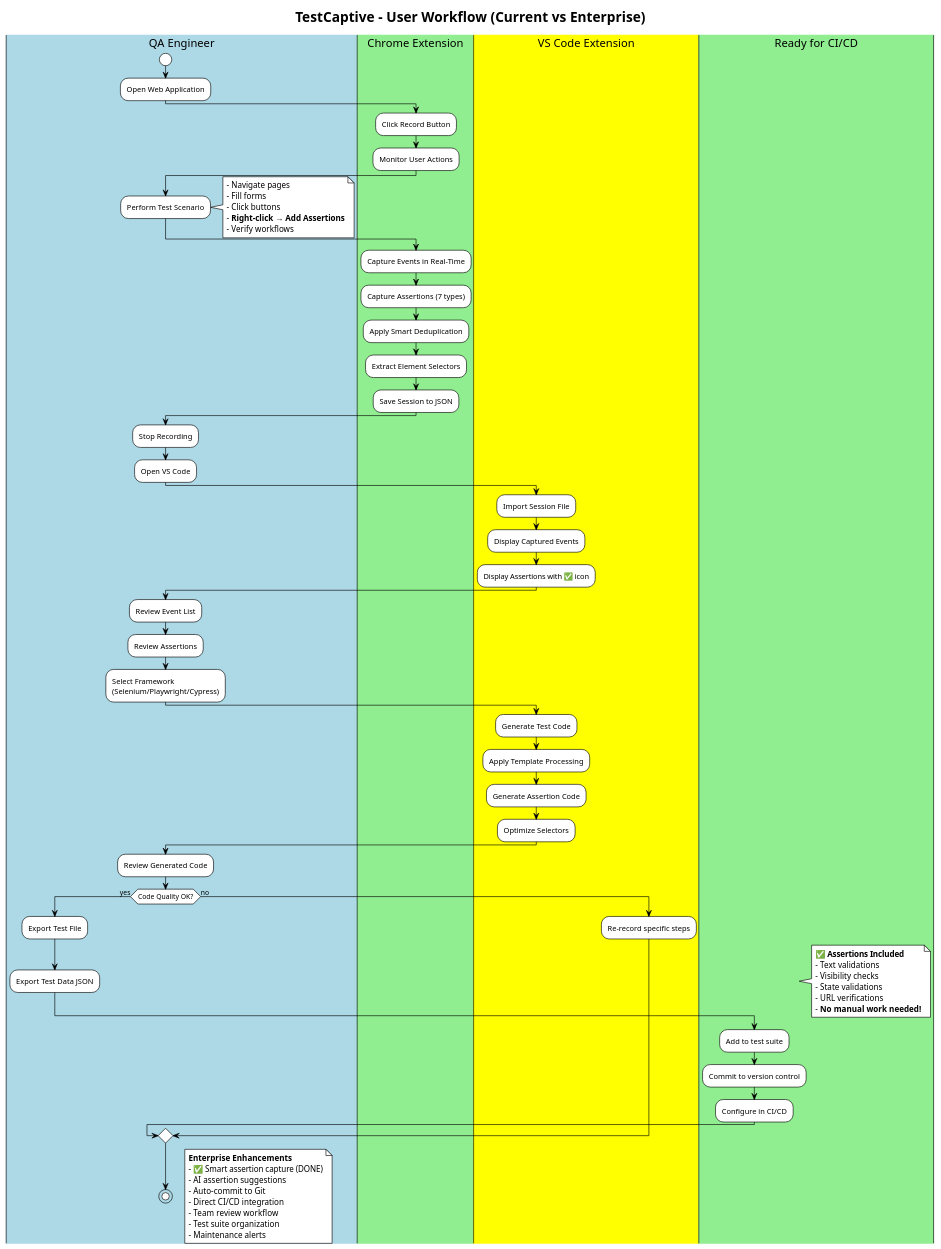
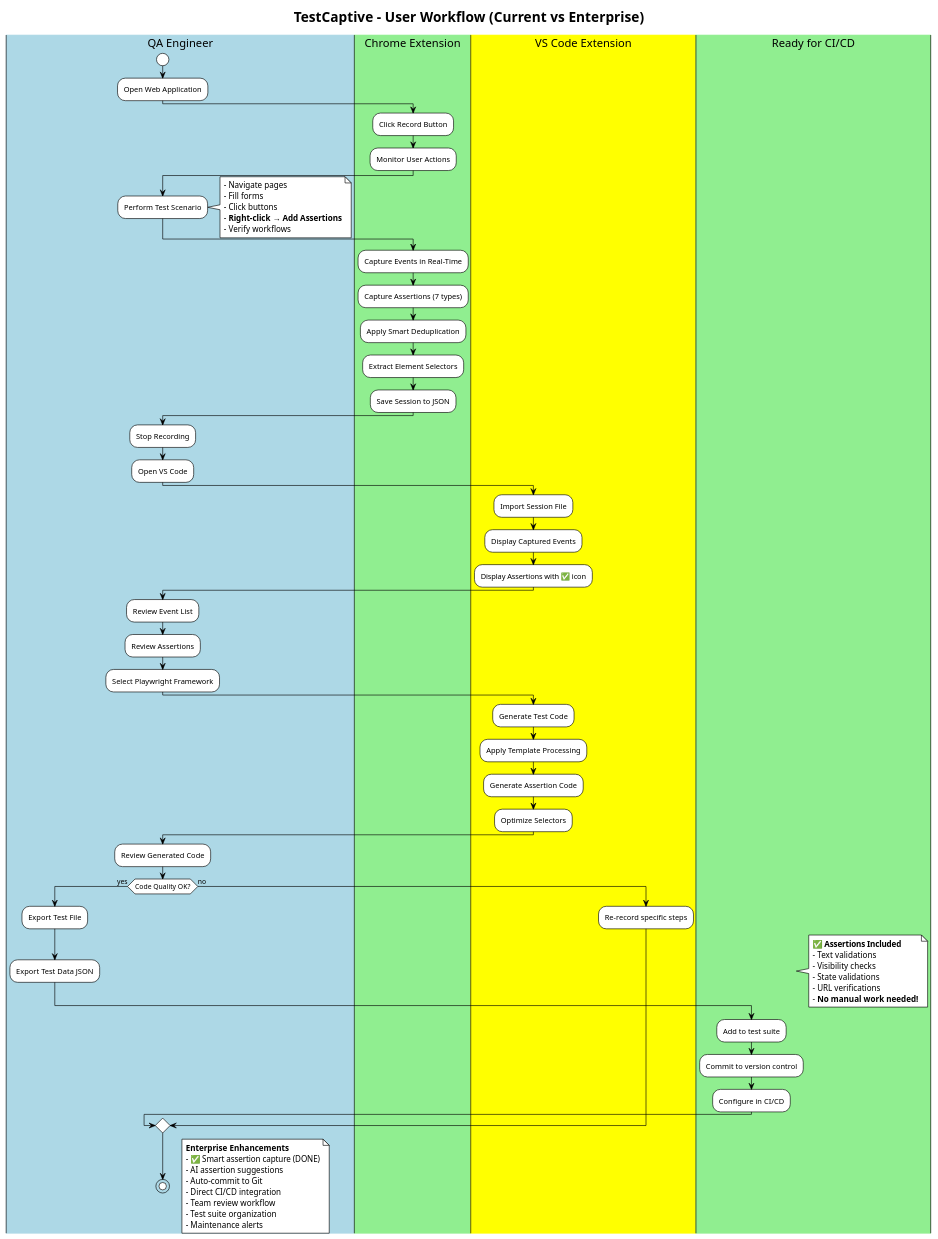
One commit to iTheRakeshP/TestCaptive changed the diagram in architecture/user-workflow.puml. Above: the diagram before and after it, drawn with PlantUML. The commit also changed 70 other files, not shown here.

First line of the commit message:
Refactor TestCaptive extension to support Playwright as the default framework

```diff
--- a/architecture/user-workflow.puml
+++ b/architecture/user-workflow.puml
@@ -1,93 +1,93 @@
 @startuml User Workflow
 !theme plain
 skinparam actorStyle awesome
 
 title TestCaptive - User Workflow (Current vs Enterprise)
 
 |#LightBlue|QA Engineer|
 start
 
 :Open Web Application;
 
 |#LightGreen|Chrome Extension|
 :Click Record Button;
 :Monitor User Actions;
 
 |#LightBlue|QA Engineer|
 :Perform Test Scenario;
 note right
   - Navigate pages
   - Fill forms
   - Click buttons
   - **Right-click → Add Assertions**
   - Verify workflows
 end note
 
 |#LightGreen|Chrome Extension|
 :Capture Events in Real-Time;
 :Capture Assertions (7 types);
 :Apply Smart Deduplication;
 :Extract Element Selectors;
 :Save Session to JSON;
 
 |#LightBlue|QA Engineer|
 :Stop Recording;
 :Open VS Code;
 
 |#Yellow|VS Code Extension|
 :Import Session File;
 :Display Captured Events;
 :Display Assertions with ✅ icon;
 
 |#LightBlue|QA Engineer|
 :Review Event List;
 :Review Assertions;
-:Select Framework\n(Selenium/Playwright/Cypress);
+:Select Playwright Framework;
 
 |#Yellow|VS Code Extension|
 :Generate Test Code;
 :Apply Template Processing;
 :Generate Assertion Code;
 :Optimize Selectors;
 
 |#LightBlue|QA Engineer|
 :Review Generated Code;
 
 if (Code Quality OK?) then (yes)
   :Export Test File;
   :Export Test Data JSON;
   
   |#LightGreen|Ready for CI/CD|
   note right
     **✅ Assertions Included**
     - Text validations
     - Visibility checks
     - State validations
     - URL verifications
     - **No manual work needed!**
   end note
   
   :Add to test suite;
   :Commit to version control;
   :Configure in CI/CD;
   
 else (no)
   |#Yellow|VS Code Extension|
   :Re-record specific steps;
 endif
 
 |#LightBlue|QA Engineer|
 stop
 
 floating note right
   **Enterprise Enhancements**
   - ✅ Smart assertion capture (DONE)
   - AI assertion suggestions
   - Auto-commit to Git
   - Direct CI/CD integration
   - Team review workflow
   - Test suite organization
   - Maintenance alerts
 end note
 
 @enduml
```
